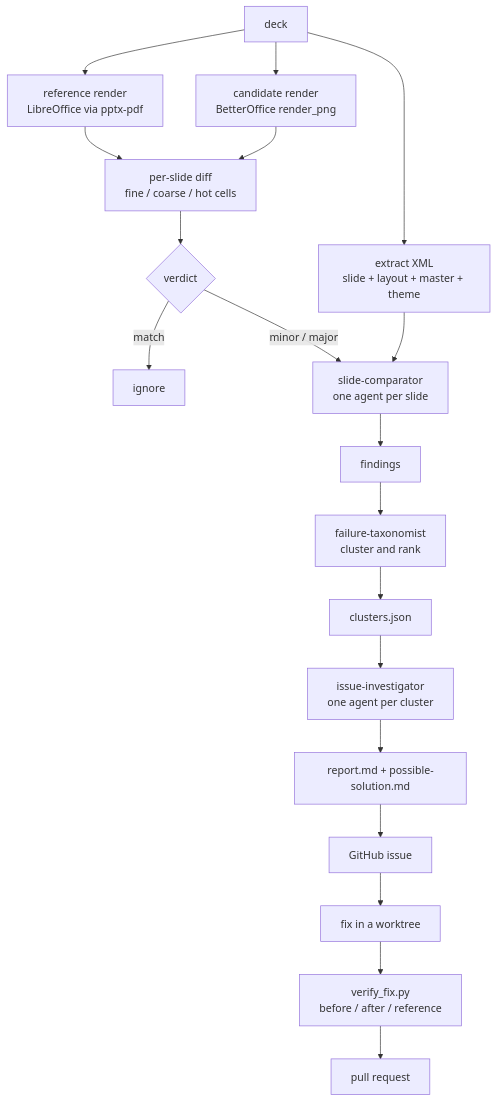
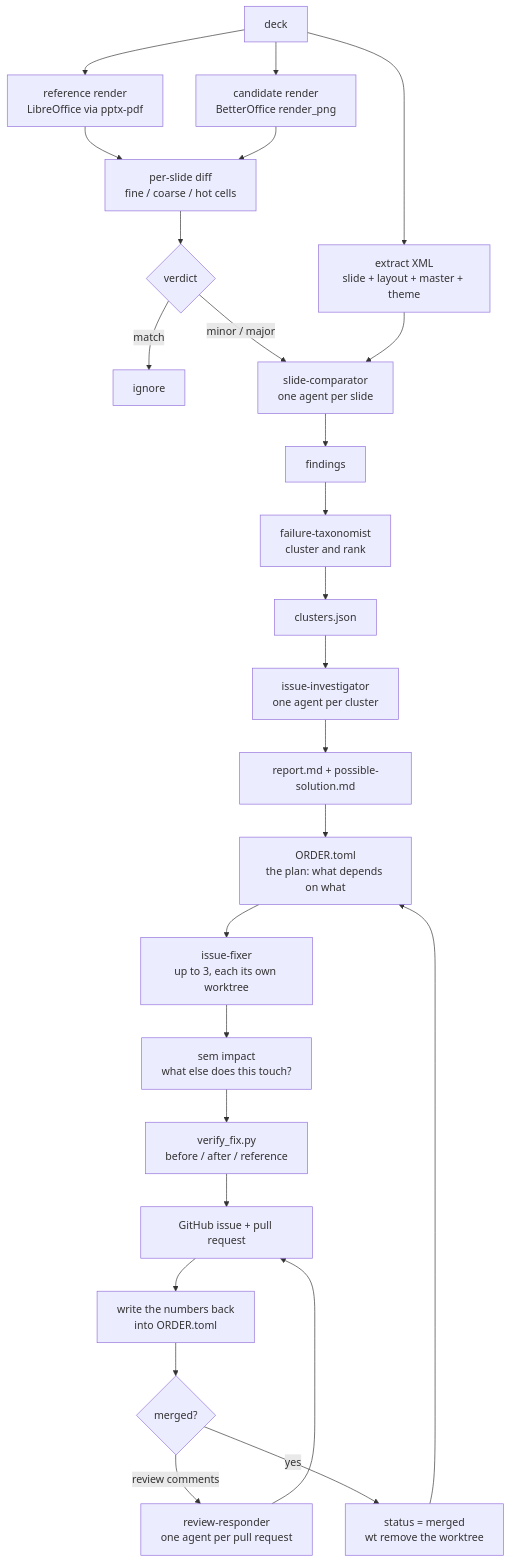
Before and after one commit to dsaad68/betteroffice-meta-harness: the diagram in README.md, drawn with Mermaid. The commit also changed other lines of this file, not shown here.

Commit message:
docs: the loop diagram stopped at "pull request"
It never named issue-fixer, and everything after a pull request was missing: the
plan the dispatcher reads and writes back, the review threads, and reclaiming the
worktree once it merges. So the picture showed a pipeline where the code has a
loop, and the two habits added last release appeared nowhere.

Extends it through ORDER.toml -> issue-fixer -> sem impact -> verify -> file ->
record -> merged -> wt remove, closing back to the plan, and adds the
review-responder branch. The prose under "Fixing in parallel" said none of this
either; it does now.

````diff
--- a/README.md
+++ b/README.md
@@ -24,21 +24,28 @@
 ```mermaid
 flowchart TD
     A[deck] --> B[reference render<br/>LibreOffice via pptx-pdf]
     A --> C[candidate render<br/>BetterOffice render_png]
     A --> D[extract XML<br/>slide + layout + master + theme]
     B --> E[per-slide diff<br/>fine / coarse / hot cells]
     C --> E
     E --> F{verdict}
     F -->|match| G[ignore]
     F -->|minor / major| H[slide-comparator<br/>one agent per slide]
     D --> H
     H --> I[findings]
     I --> J[failure-taxonomist<br/>cluster and rank]
     J --> K[clusters.json]
     K --> L[issue-investigator<br/>one agent per cluster]
     L --> M[report.md + possible-solution.md]
-    M --> N[GitHub issue]
-    N --> O[fix in a worktree]
-    O --> P[verify_fix.py<br/>before / after / reference]
-    P --> Q[pull request]
+    M --> N[ORDER.toml<br/>the plan: what depends on what]
+    N --> O["issue-fixer<br/>up to 3, each its own worktree"]
+    O --> P["sem impact<br/>what else does this touch?"]
+    P --> Q[verify_fix.py<br/>before / after / reference]
+    Q --> R[GitHub issue + pull request]
+    R --> S[write the numbers back<br/>into ORDER.toml]
+    S --> T{merged?}
+    T -->|review comments| U[review-responder<br/>one agent per pull request]
+    U --> R
+    T -->|yes| V[status = merged<br/>wt remove the worktree]
+    V --> N
 ```
````
